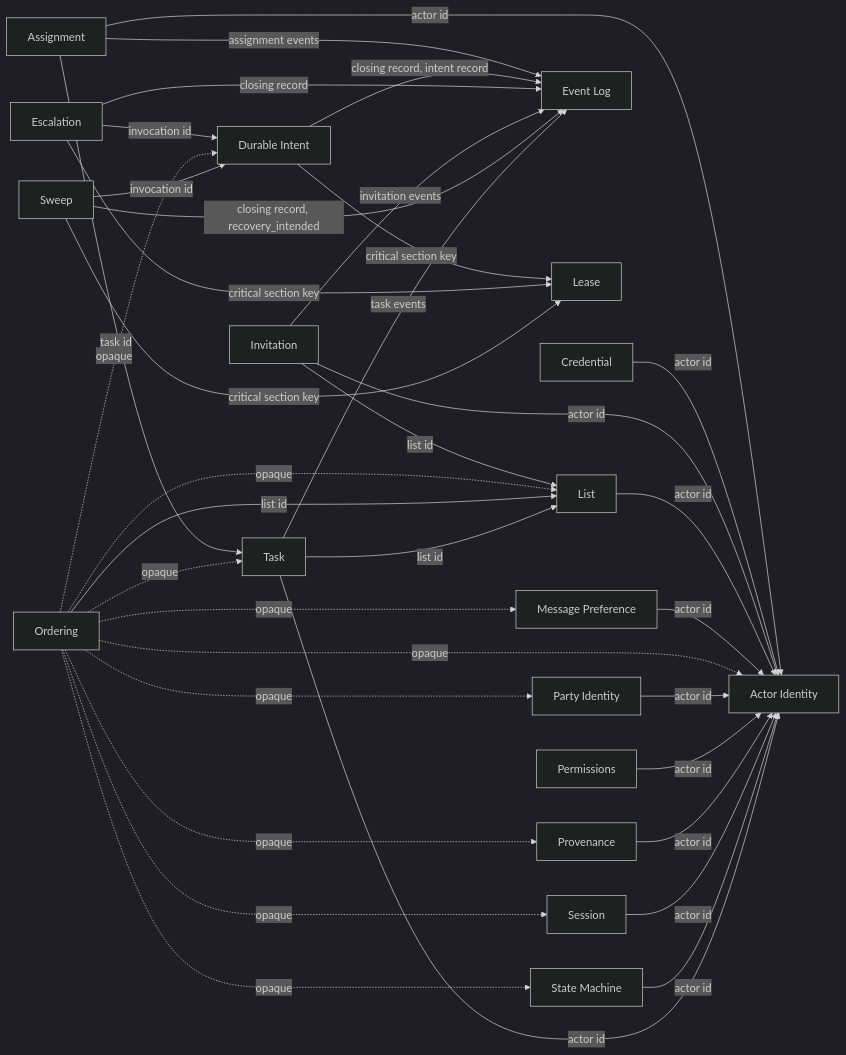
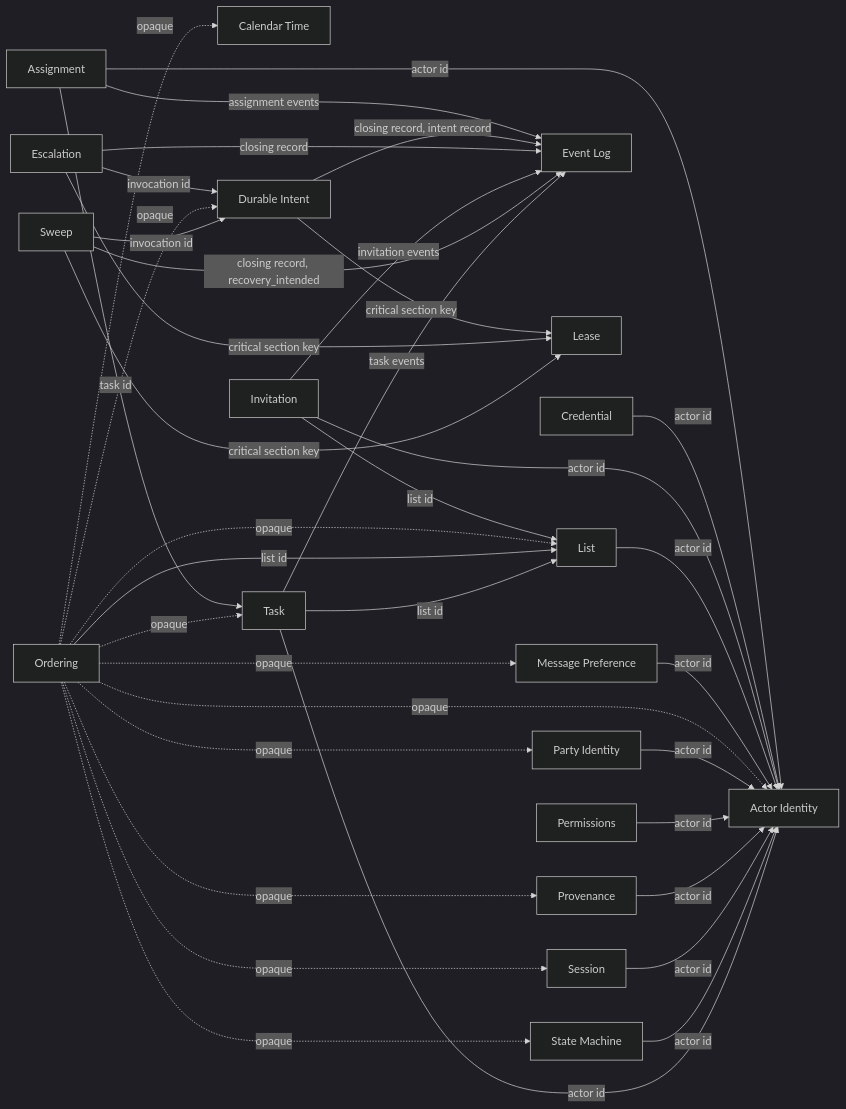
One commit to scottromack/grace-commons changed the first of 3 diagrams in library/graph.md. Above: the diagram before and after it, drawn with Mermaid. The commit also changed 5 other files, not shown here.

First line of the commit message:
atom: Calendar Time, converted — the bond shape, its id, under 800

````diff
--- a/library/graph.md
+++ b/library/graph.md
@@ -22,57 +22,59 @@
 ```mermaid
 %%{init: {"theme": "dark", "flowchart": {"htmlLabels": true}} }%%
 flowchart LR
   b_actor_identity["Actor Identity"]
   b_assignment["Assignment"]
+  b_calendar_time["Calendar Time"]
   b_credential["Credential"]
   b_durable_intent["Durable Intent"]
   b_escalation["Escalation"]
   b_event_log["Event Log"]
   b_invitation["Invitation"]
   b_lease["Lease"]
   b_list["List"]
   b_message_preference["Message Preference"]
   b_ordering["Ordering"]
   b_party_identity["Party Identity"]
   b_permissions["Permissions"]
   b_provenance["Provenance"]
   b_session["Session"]
   b_state_machine["State Machine"]
   b_sweep["Sweep"]
   b_task["Task"]
   b_assignment -->|"task id"| b_task
   b_assignment -->|"actor id"| b_actor_identity
   b_assignment -->|"assignment events"| b_event_log
   b_credential -->|"actor id"| b_actor_identity
   b_durable_intent -->|"critical section key"| b_lease
   b_durable_intent -->|"closing record, intent record"| b_event_log
   b_escalation -->|"critical section key"| b_lease
   b_escalation -->|"invocation id"| b_durable_intent
   b_escalation -->|"closing record"| b_event_log
   b_invitation -->|"list id"| b_list
   b_invitation -->|"actor id"| b_actor_identity
   b_invitation -->|"invitation events"| b_event_log
   b_list -->|"actor id"| b_actor_identity
   b_message_preference -->|"actor id"| b_actor_identity
   b_ordering -.->|"opaque"| b_actor_identity
+  b_ordering -.->|"opaque"| b_calendar_time
   b_ordering -.->|"opaque"| b_durable_intent
   b_ordering -.->|"opaque"| b_list
   b_ordering -.->|"opaque"| b_message_preference
   b_ordering -.->|"opaque"| b_party_identity
   b_ordering -.->|"opaque"| b_provenance
   b_ordering -.->|"opaque"| b_session
   b_ordering -.->|"opaque"| b_state_machine
   b_ordering -.->|"opaque"| b_task
   b_ordering -->|"list id"| b_list
   b_party_identity -->|"actor id"| b_actor_identity
   b_permissions -->|"actor id"| b_actor_identity
   b_provenance -->|"actor id"| b_actor_identity
   b_session -->|"actor id"| b_actor_identity
   b_state_machine -->|"actor id"| b_actor_identity
   b_sweep -->|"critical section key"| b_lease
   b_sweep -->|"invocation id"| b_durable_intent
   b_sweep -->|"closing record, recovery_intended"| b_event_log
   b_task -->|"list id"| b_list
   b_task -->|"actor id"| b_actor_identity
   b_task -->|"task events"| b_event_log
 ```
````
